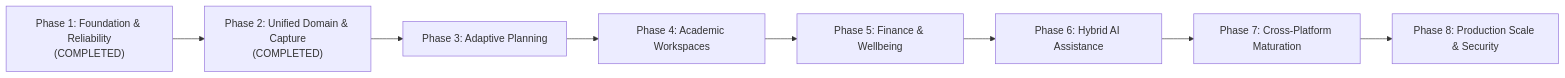
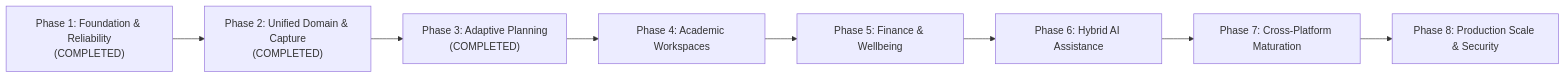
One commit to tanmay-devx/planrova changed the diagram in docs/ROADMAP.md. Above: the diagram before and after it, drawn with Mermaid. The commit also changed other lines of this file and 31 other files, not shown here.

Commit message:
implement Adaptive Planning Engine

````diff
--- a/docs/ROADMAP.md
+++ b/docs/ROADMAP.md
@@ -3,10 +3,10 @@
 ```mermaid
 flowchart LR
     P1["Phase 1: Foundation & Reliability<br/>(COMPLETED)"] --> P2["Phase 2: Unified Domain & Capture<br/>(COMPLETED)"]
-    P2 --> P3["Phase 3: Adaptive Planning"]
+    P2 --> P3["Phase 3: Adaptive Planning<br/>(COMPLETED)"]
     P3 --> P4["Phase 4: Academic Workspaces"]
     P4 --> P5["Phase 5: Finance & Wellbeing"]
     P5 --> P6["Phase 6: Hybrid AI Assistance"]
     P6 --> P7["Phase 7: Cross-Platform Maturation"]
     P7 --> P8["Phase 8: Production Scale & Security"]
 ```
````
